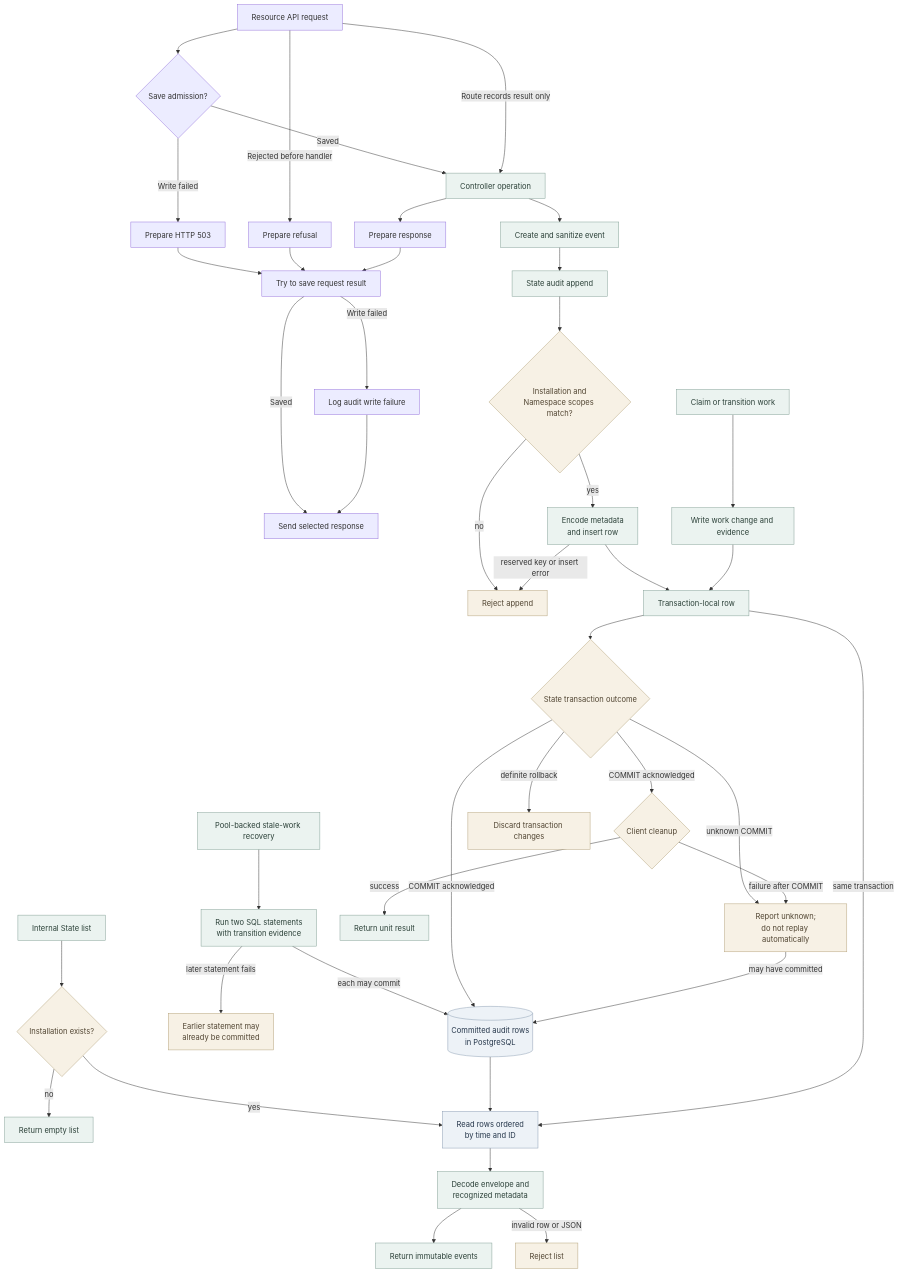
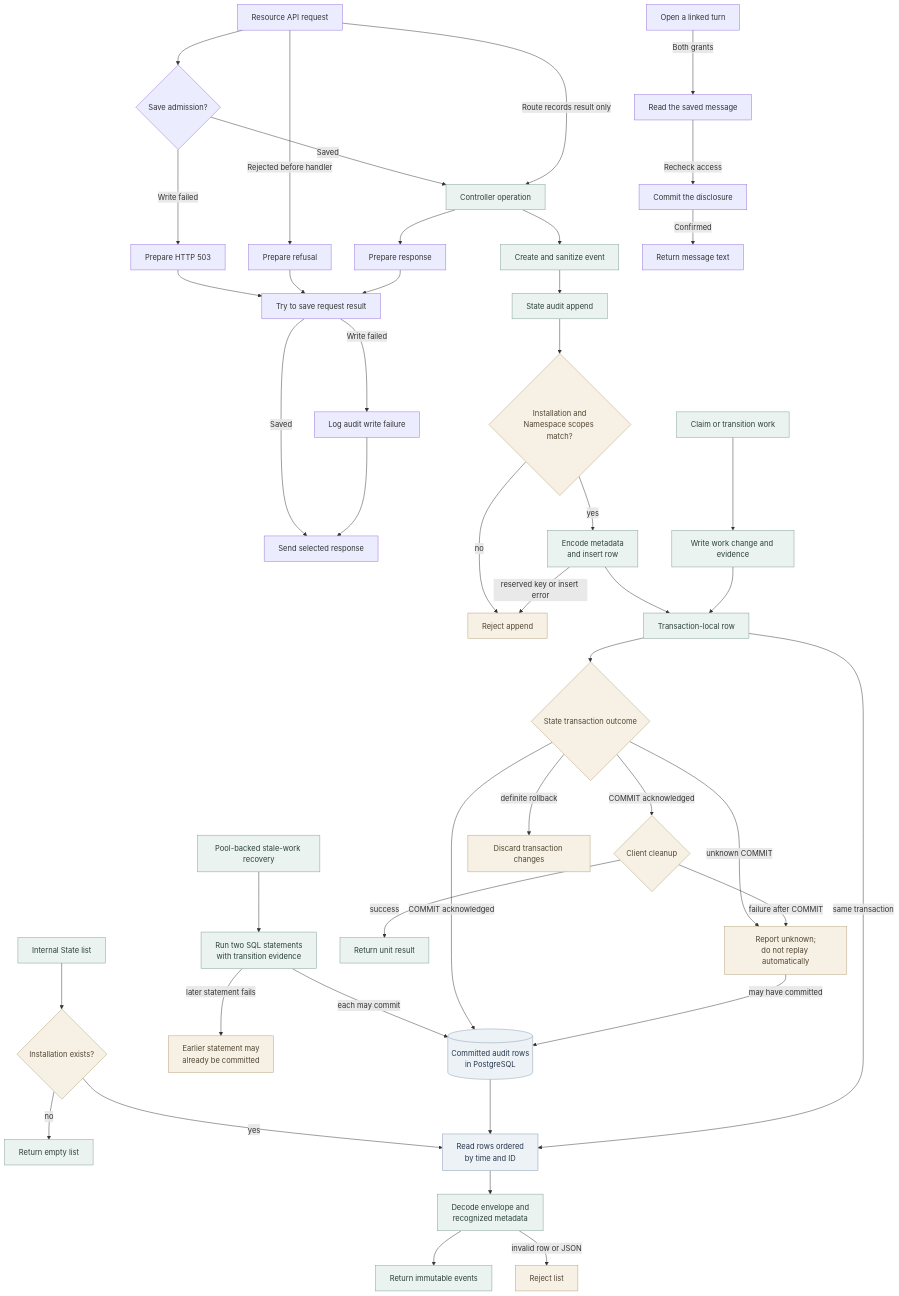
Before and after one commit to openclaw/openclaw-enterprise: the diagram in docs/flows/audit-ledger.md, drawn with Mermaid. The commit also changed other lines of this file and 7 other files, not shown here.

Commit message:
Verify message disclosure receipts and qualify PostgreSQL upgrades

````diff
--- a/docs/flows/audit-ledger.md
+++ b/docs/flows/audit-ledger.md
@@ -31,50 +31,53 @@
 ```mermaid
 graph TD
   HTTP["Resource API request"] --> Admission{"Save admission?"}
   Admission -->|Saved| Request
   Admission -->|Write failed| Refused["Prepare HTTP 503"]
   HTTP -->|Rejected before handler| RefusedEarly["Prepare refusal"]
   HTTP -->|Route records result only| Request
   Request --> HTTPResult["Prepare response"]
   Refused --> ResultEvent["Try to save request result"]
   RefusedEarly --> ResultEvent
   HTTPResult --> ResultEvent
   ResultEvent -->|Saved| Send["Send selected response"]
   ResultEvent -->|Write failed| Diagnostic["Log audit write failure"]
   Diagnostic --> Send
   Request["Controller operation"] --> Factory["Create and sanitize event"]
   Factory --> Append["State audit append"]
   Append --> Scope{"Installation and<br/>Namespace scopes match?"}
   Scope -->|yes| Encode["Encode metadata<br/>and insert row"]
   Scope -->|no| Reject["Reject append"]
   Encode --> Pending["Transaction-local row"]
   Encode -->|reserved key or insert error| Reject
   Queue["Claim or transition work"] --> QueueSQL["Write work change and evidence"]
   QueueSQL --> Pending
   DirectQueue["Pool-backed stale-work recovery"] --> DirectSQL["Run two SQL statements<br/>with transition evidence"]
   DirectSQL -->|each may commit| Ledger
   DirectSQL -->|later statement fails| Partial["Earlier statement may<br/>already be committed"]
   Pending --> Commit{"State transaction outcome"}
   Commit -->|COMMIT acknowledged| Ledger[("Committed audit rows<br/>in PostgreSQL")]
   Commit -->|COMMIT acknowledged| Cleanup{"Client cleanup"}
   Commit -->|definite rollback| RolledBack["Discard transaction changes"]
   Commit -->|unknown COMMIT| Unknown["Report unknown;<br/>do not replay automatically"]
   Unknown -->|may have committed| Ledger
   Cleanup -->|success| Returned["Return unit result"]
   Cleanup -->|failure after COMMIT| Unknown
   Reader["Internal State list"] --> Installation{"Installation exists?"}
   Installation -->|no| Empty["Return empty list"]
   Installation -->|yes| Rows["Read rows ordered<br/>by time and ID"]
   Ledger --> Rows
   Pending -->|same transaction| Rows
   Rows --> Decode["Decode envelope and<br/>recognized metadata"]
   Decode --> Result["Return immutable events"]
   Decode -->|invalid row or JSON| Error["Reject list"]
+  Linked["Open a linked turn"] -->|Both grants| Lookup["Read the saved message"]
+  Lookup -->|Recheck access| Disclose["Commit the disclosure"]
+  Disclose -->|Confirmed| Text["Return message text"]
 
   classDef storage fill:#EDF2F7,stroke:#879AB0,color:#25364A,stroke-width:1px
   classDef operation fill:#EBF3F0,stroke:#7F9D93,color:#2B4038,stroke-width:1px
   classDef gate fill:#F7F1E5,stroke:#B3A078,color:#514532,stroke-width:1px
   class Ledger,Rows storage
   class Request,Factory,Append,Encode,Queue,QueueSQL,DirectQueue,DirectSQL,Pending,Reader,Decode,Result,Empty,Returned operation
   class Scope,Reject,Commit,RolledBack,Unknown,Cleanup,Installation,Error,Partial gate
 ```
````
